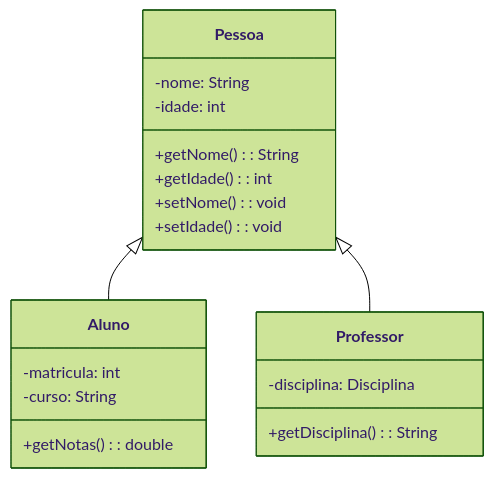
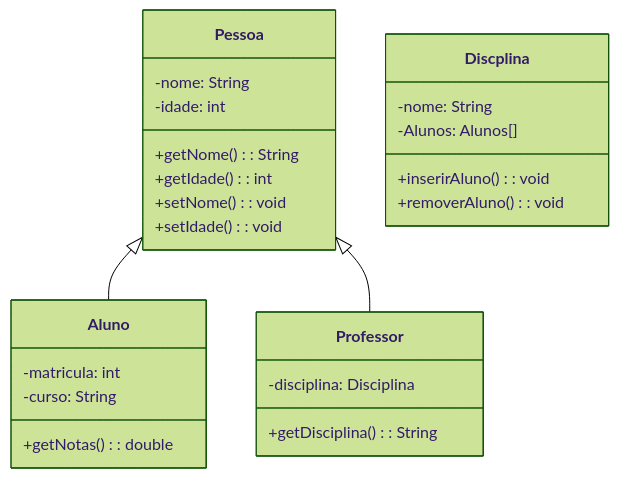
The diagram in projeto_final/README.md (Bendelack/poo), drawn with Mermaid (forest theme) before and after one commit.

Commit message:
Update README.md, classDiagram Disciplina

````diff
--- a/projeto_final/README.md
+++ b/projeto_final/README.md
@@ -6,25 +6,32 @@
 ```mermaid
 classDiagram
     class Pessoa {
         -nome: String
         -idade: int
         +getNome(): String
         +getIdade(): int
         +setNome(): void
         +setIdade(): void
     }
 
     class Aluno {
         -matricula: int
         -curso: String
         +getNotas(): double
     }
 
     class Professor {
         -disciplina: Disciplina
         +getDisciplina(): String
     }
 
+    class Discplina {
+        -nome: String
+        -Alunos: Alunos[]
+        +inserirAluno(): void
+        +removerAluno(): void
+    }
+
     Pessoa <|-- Aluno
     Pessoa <|-- Professor
 ```
````
